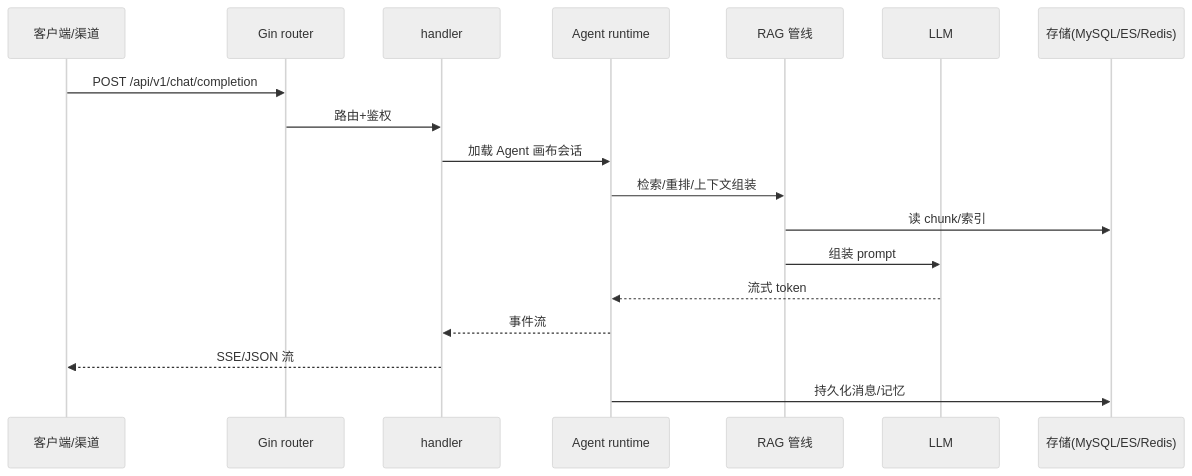
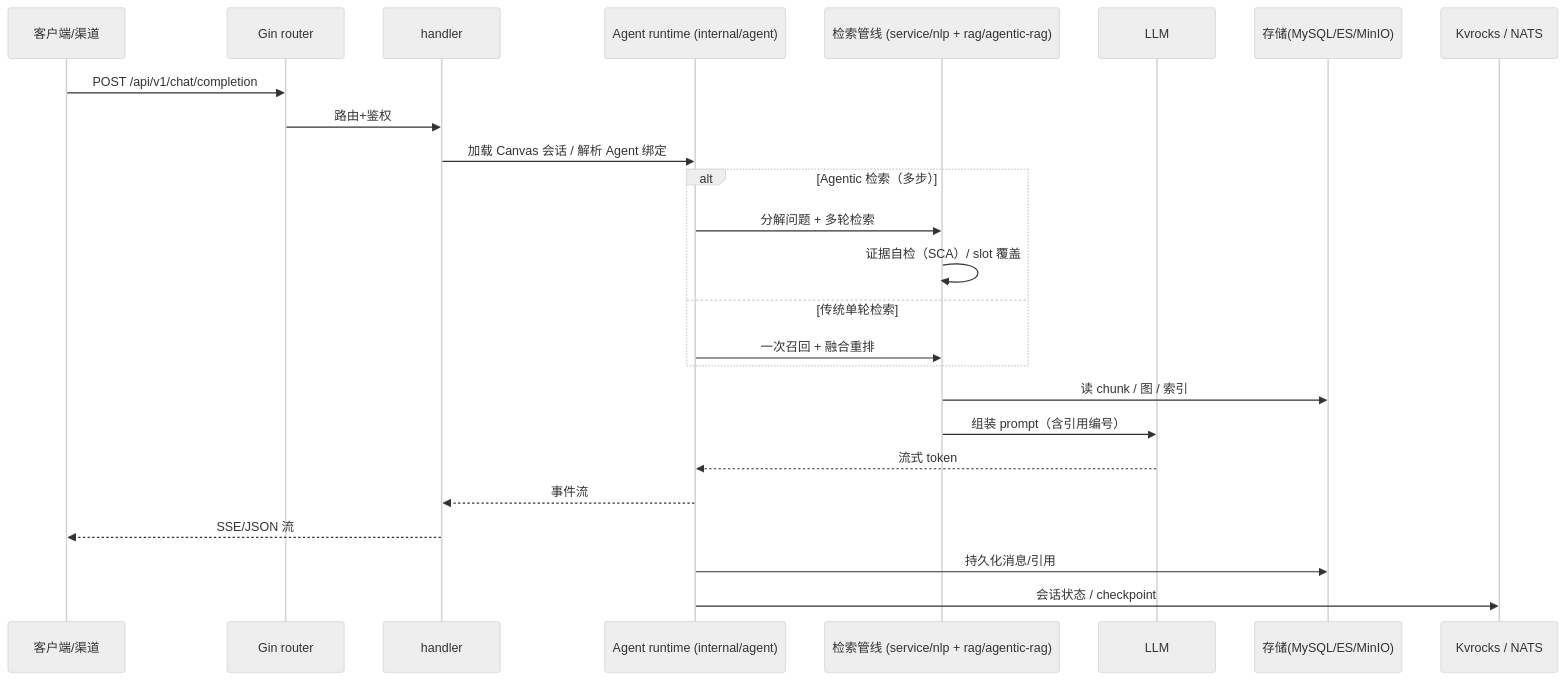
One commit to morehao/oss-insights changed the third of 3 diagrams in ai-agent/ragflow/architecture.md. Above: the diagram before and after it, drawn with Mermaid (neutral theme). The commit also changed other lines of this file and 25 other files, not shown here.

First line of the commit message:
docs(ragflow): refresh insight docs for v1.0.0-rc1 Go rewrite and restructure architecture design (#50)

````diff
--- a/ai-agent/ragflow/architecture.md
+++ b/ai-agent/ragflow/architecture.md
@@ -157,21 +205,28 @@
 ```mermaid
 sequenceDiagram
     participant C as 客户端/渠道
     participant R as Gin router
     participant H as handler
-    participant A as Agent runtime
-    participant P as RAG 管线
+    participant A as Agent runtime (internal/agent)
+    participant P as 检索管线 (service/nlp + rag/agentic-rag)
     participant L as LLM
-    participant S as 存储(MySQL/ES/Redis)
+    participant S as 存储(MySQL/ES/MinIO)
+    participant K as Kvrocks / NATS
 
     C->>R: POST /api/v1/chat/completion
     R->>H: 路由+鉴权
-    H->>A: 加载 Agent 画布会话
-    A->>P: 检索/重排/上下文组装
-    P->>S: 读 chunk/索引
-    P->>L: 组装 prompt
+    H->>A: 加载 Canvas 会话 / 解析 Agent 绑定
+    alt Agentic 检索（多步）
+        A->>P: 分解问题 + 多轮检索
+        P->>P: 证据自检（SCA）/ slot 覆盖
+    else 传统单轮检索
+        A->>P: 一次召回 + 融合重排
+    end
+    P->>S: 读 chunk / 图 / 索引
+    P->>L: 组装 prompt（含引用编号）
     L-->>A: 流式 token
     A-->>H: 事件流
     H-->>C: SSE/JSON 流
-    A->>S: 持久化消息/记忆
+    A->>S: 持久化消息/引用
+    A->>K: 会话状态 / checkpoint
 ```
````
